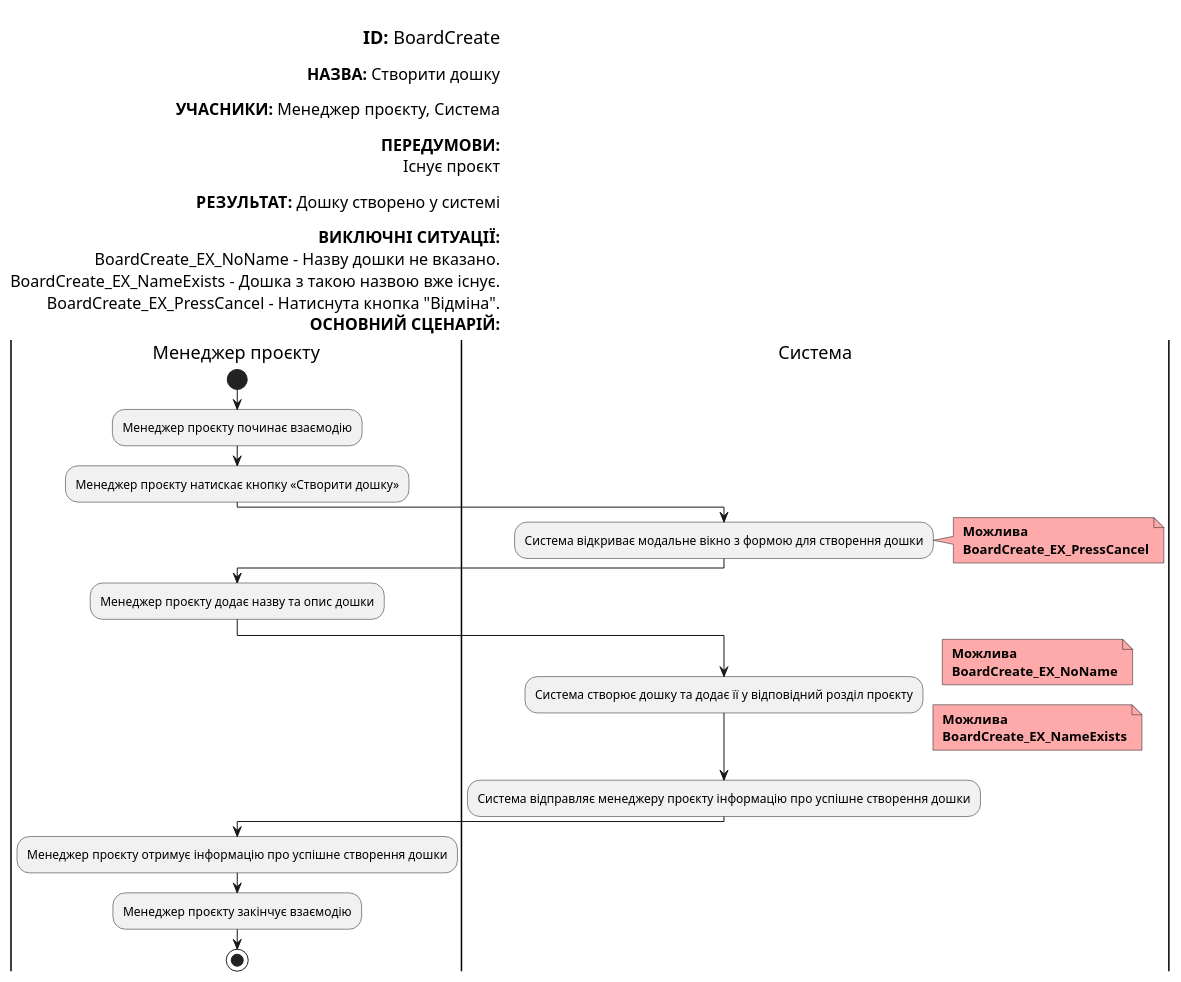
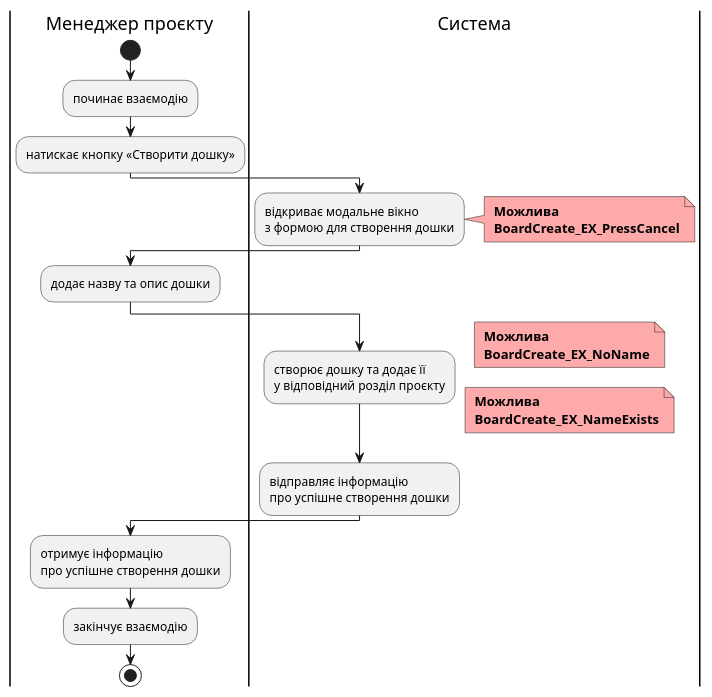
Diagram 13 of 24 in docs/use cases/README.md (yaryna-bashchak/db_course_work), drawn with PlantUML before and after one commit. The commit also changed other lines of this file, not shown here.

Commit message:
updated diagrams for user cases

```diff
--- a/docs/use cases/README.md
+++ b/docs/use cases/README.md
@@ -595,59 +586,43 @@
 @startuml
-
-    left header
-
-        <font color=000 size=18><b>ID:</b> BoardCreate
-
-        <font color=000 size=16><b>НАЗВА:</b> Cтворити дошку
-
-        <font color=000 size=16><b>УЧАСНИКИ:</b> Менеджер проєкту, Система
-
-        <font color=000 size=16><b>ПЕРЕДУМОВИ:</b> 
-        <font color=000 size=16> Існує проєкт
-
-        <font color=000 size=16><b>РЕЗУЛЬТАТ:</b> Дошку створено у системі
-
-        <font color=000 size=16><b>ВИКЛЮЧНІ СИТУАЦІЇ:</b>
-        <font color=000 size=16> BoardCreate_EX_NoName – Назву дошки не вказано.
-        <font color=000 size=16> BoardCreate_EX_NameExists – Дошка з такою назвою вже існує.
-        <font color=000 size=16> BoardCreate_EX_PressCancel – Натиснута кнопка "Відміна".
-        <font color=000 size=16><b>ОСНОВНИЙ СЦЕНАРІЙ:</b>
-    end header
 
     |Менеджер проєкту|
         start
-        :Менеджер проєкту починає взаємодію;
+        :починає взаємодію;
 
-        :Менеджер проєкту натискає кнопку «Створити дошку»;
+        :натискає кнопку «Створити дошку»;
 
     |Система|
-        :Система відкриває модальне вікно з формою для створення дошки;
+        :відкриває модальне вікно 
+        з формою для створення дошки;
         note right #ffaaaa
         <b> Можлива
         <b> BoardCreate_EX_PressCancel
         end note
 
     |Менеджер проєкту|
-        :Менеджер проєкту додає назву та опис дошки;
+        :додає назву та опис дошки;
 
     |Система|
-        :Система створює дошку та додає її у відповідний розділ проєкту;
+        :створює дошку та додає її 
+        у відповідний розділ проєкту;
         note right #ffaaaa
         <b> Можлива
         <b> BoardCreate_EX_NoName
         end note
         note right #ffaaaa
         <b> Можлива
         <b> BoardCreate_EX_NameExists
         end note
 
-        :Система відправляє менеджеру проєкту інформацію про успішне створення дошки;
+        :відправляє інформацію 
+        про успішне створення дошки;
 
     |Менеджер проєкту|
-        :Менеджер проєкту отримує інформацію про успішне створення дошки;
+        :отримує інформацію 
+        про успішне створення дошки;
         
-        :Менеджер проєкту закінчує взаємодію;
+        :закінчує взаємодію;
 
         stop;
 
 @enduml
```
